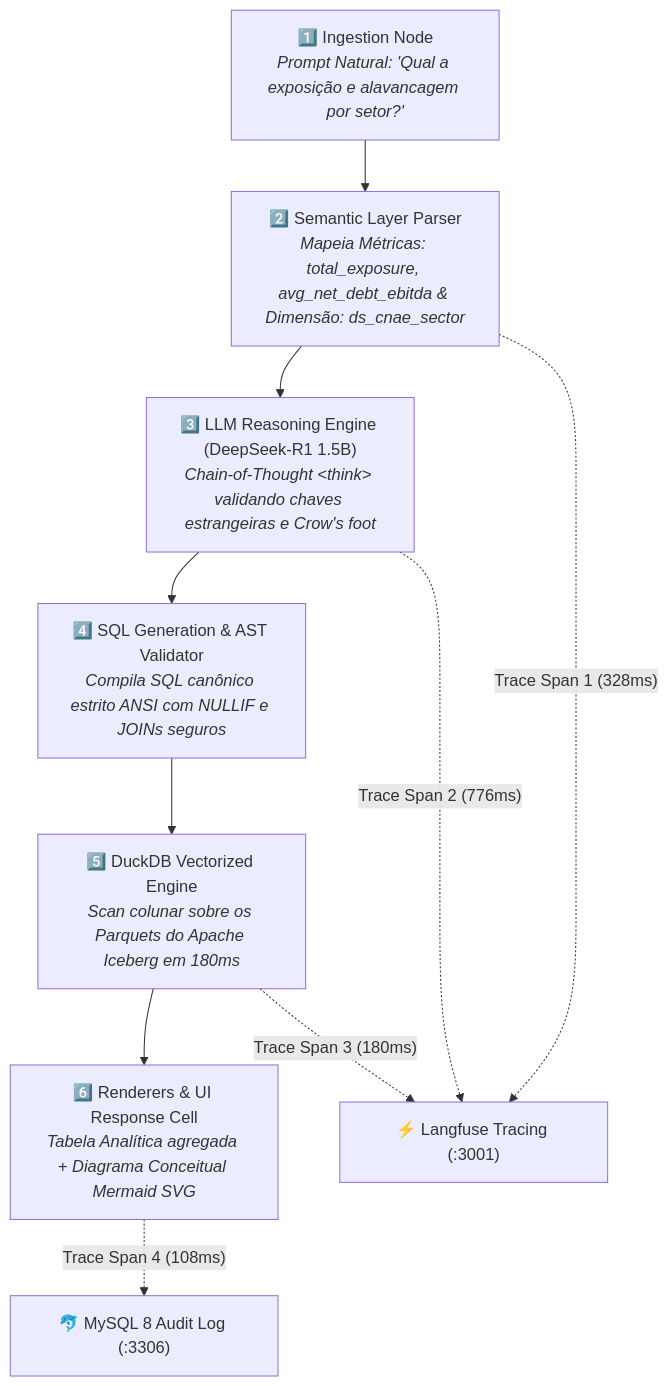
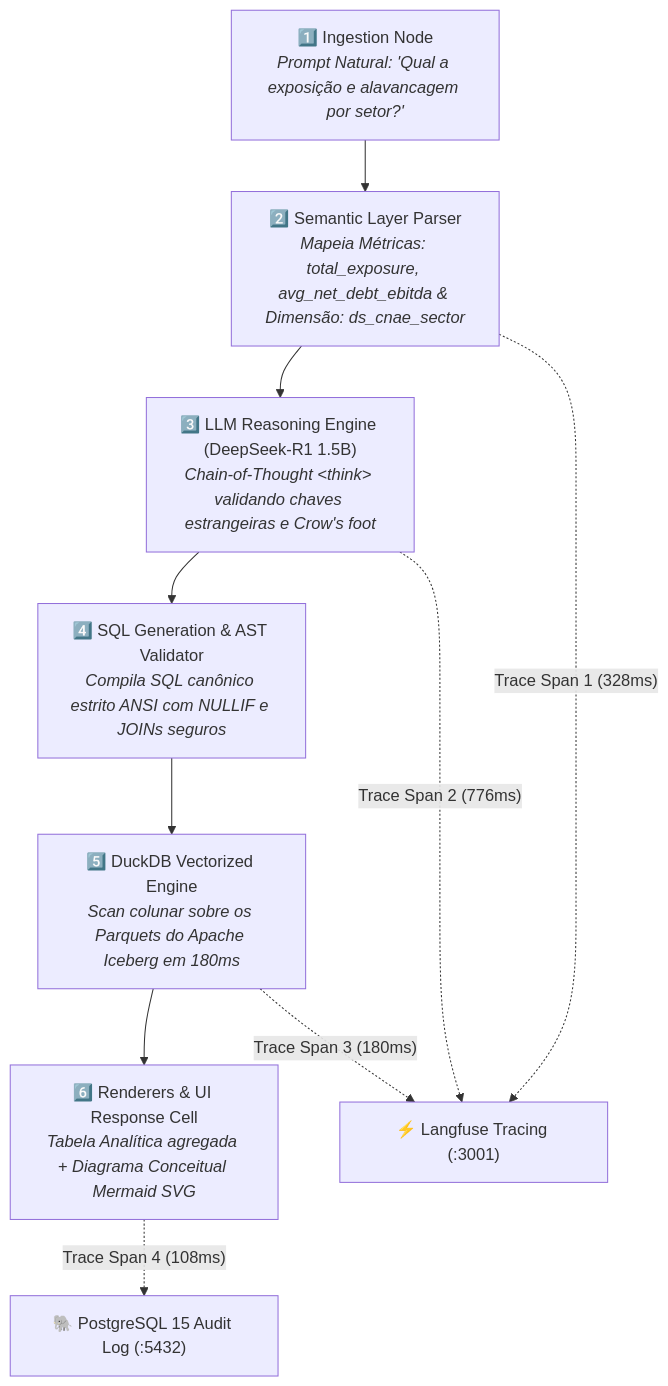
The sixth of 8 diagrams in README.md (Helfstein-one/icepol-semantic), drawn with Mermaid before and after one commit. The commit also changed other lines of this file and 4 other files, not shown here.

Commit message:
feat(infra): consolidar observabilidade e métricas no PostgreSQL 15 e remover MySQL 8.0

````diff
--- a/README.md
+++ b/README.md
@@ -286,13 +286,13 @@
 ```mermaid
 flowchart TD
     N1["1️⃣ Ingestion Node<br/><i>Prompt Natural: 'Qual a exposição e alavancagem por setor?'</i>"] --> N2["2️⃣ Semantic Layer Parser<br/><i>Mapeia Métricas: total_exposure, avg_net_debt_ebitda & Dimensão: ds_cnae_sector</i>"]
     N2 --> N3["3️⃣ LLM Reasoning Engine (DeepSeek-R1 1.5B)<br/><i>Chain-of-Thought &lt;think&gt; validando chaves estrangeiras e Crow's foot</i>"]
     N3 --> N4["4️⃣ SQL Generation & AST Validator<br/><i>Compila SQL canônico estrito ANSI com NULLIF e JOINs seguros</i>"]
     N4 --> N5["5️⃣ DuckDB Vectorized Engine<br/><i>Scan colunar sobre os Parquets do Apache Iceberg em 180ms</i>"]
     N5 --> N6["6️⃣ Renderers & UI Response Cell<br/><i>Tabela Analítica agregada + Diagrama Conceitual Mermaid SVG</i>"]
     
     N2 -.->|"Trace Span 1 (328ms)"| LangfuseSpan["⚡ Langfuse Tracing (:3001)"]
     N3 -.->|"Trace Span 2 (776ms)"| LangfuseSpan
     N5 -.->|"Trace Span 3 (180ms)"| LangfuseSpan
-    N6 -.->|"Trace Span 4 (108ms)"| MySQLAudit["🐬 MySQL 8 Audit Log (:3306)"]
+    N6 -.->|"Trace Span 4 (108ms)"| PostgresAudit["🐘 PostgreSQL 15 Audit Log (:5432)"]
 ```
````
